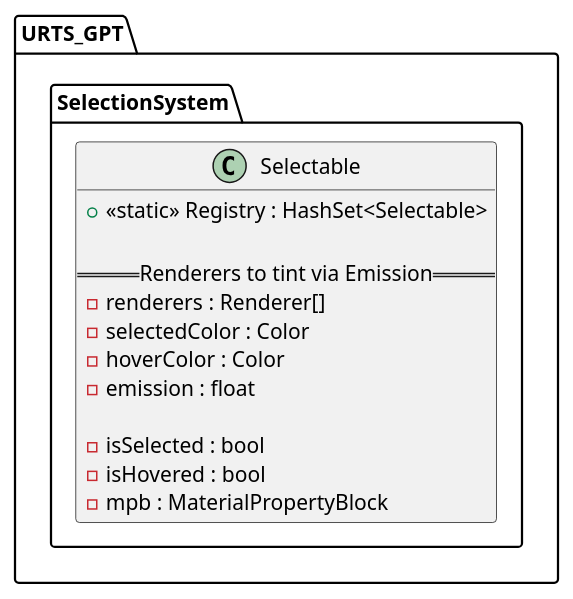
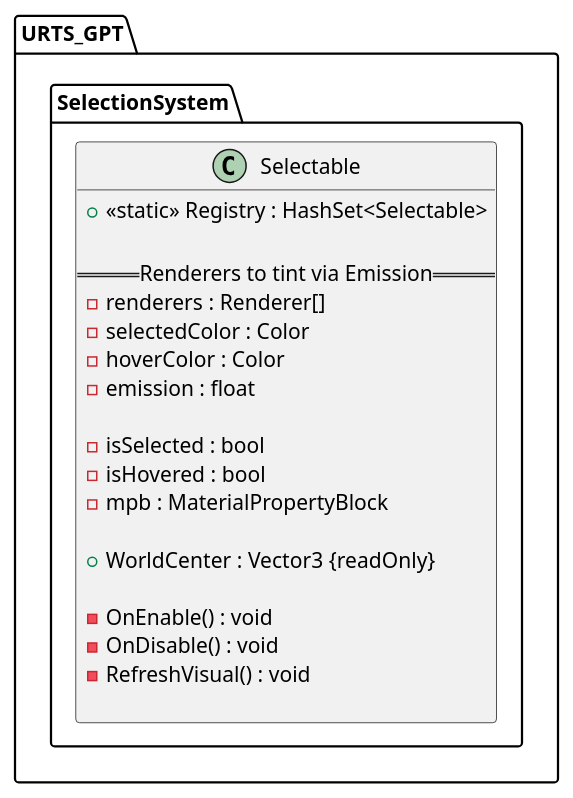
One commit to khongpak/URTS_GPT changed the diagram in Assets/UML/ClassDiagrams/Selection/Selection_Selectable_Class.puml. Above: the diagram before and after it, drawn with PlantUML.

Commit message:
เป้าหมายบทเรียน #4 — Formation Move + Marker Pool ยังไม่เสร็จ กำลังทำถึงแค่ขั้นตอนที่ 1 สร้างไฟล์ ClickMoveMarkerPool.cs เหลืออีก 1 ไฟล์ ตอนนี้มาเพิ่ม Class Diagram ของ Selectable เสร็จแล้ว กำลังจะเริ่มทำ Sequence

```diff
--- a/Assets/UML/ClassDiagrams/Selection/Selection_Selectable_Class.puml
+++ b/Assets/UML/ClassDiagrams/Selection/Selection_Selectable_Class.puml
@@ -1,19 +1,26 @@
 @startuml
     skinparam Shadowing false
     skinparam ParticipantPadding 20
     
     class URTS_GPT.SelectionSystem.Selectable{
         + <<static>> Registry : HashSet<Selectable>
 
         ==Renderers to tint via Emission==
         - renderers : Renderer[]
         - selectedColor : Color
         - hoverColor : Color
         - emission : float
 
         - isSelected : bool
         - isHovered : bool
         - mpb : MaterialPropertyBlock
+
+        + WorldCenter : Vector3 {readOnly}
+
+        - OnEnable() : void
+        - OnDisable() : void
+        - RefreshVisual() : void
+
     }
 
 @enduml
```
